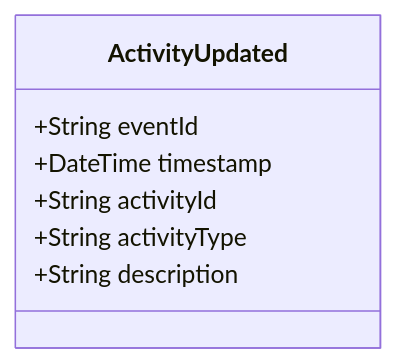
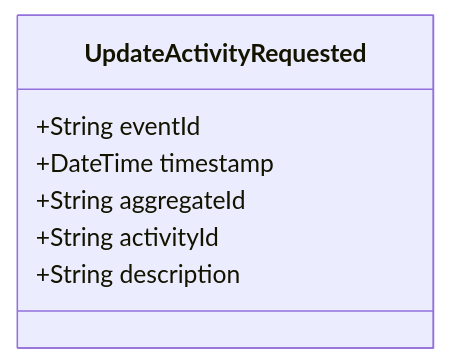
Before and after one commit to pgraff/police-system: the diagram in doc/events/ActivityUpdated.md, drawn with Mermaid. The commit also changed other lines of this file and 58 other files, not shown here.

````diff
--- a/doc/events/ActivityUpdated.md
+++ b/doc/events/ActivityUpdated.md
@@ -9,10 +9,10 @@
 ```mermaid
 classDiagram
-    class ActivityUpdated {
+    class UpdateActivityRequested {
         +String eventId
         +DateTime timestamp
+        +String aggregateId
         +String activityId
-        +String activityType
         +String description
     }
 ```
````
